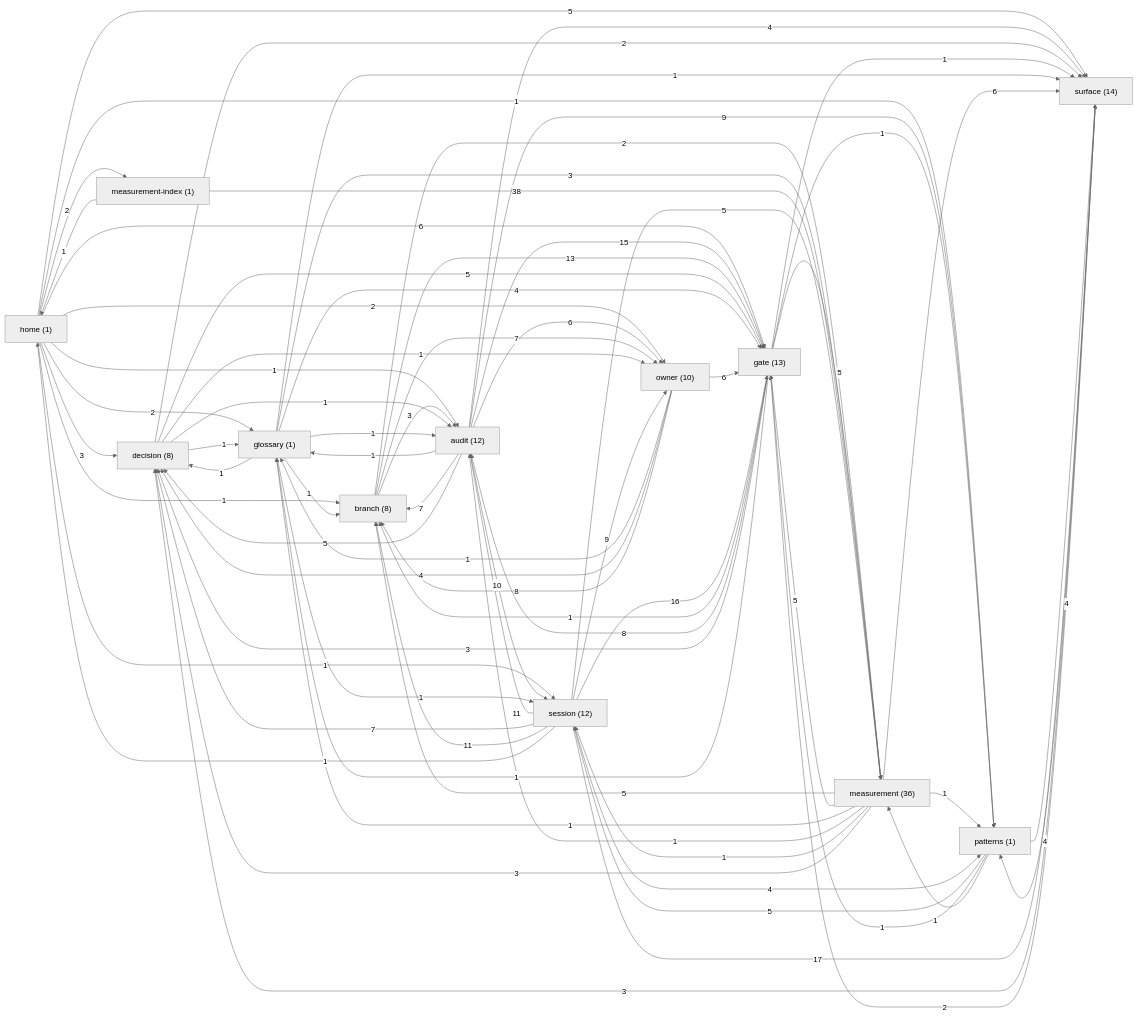
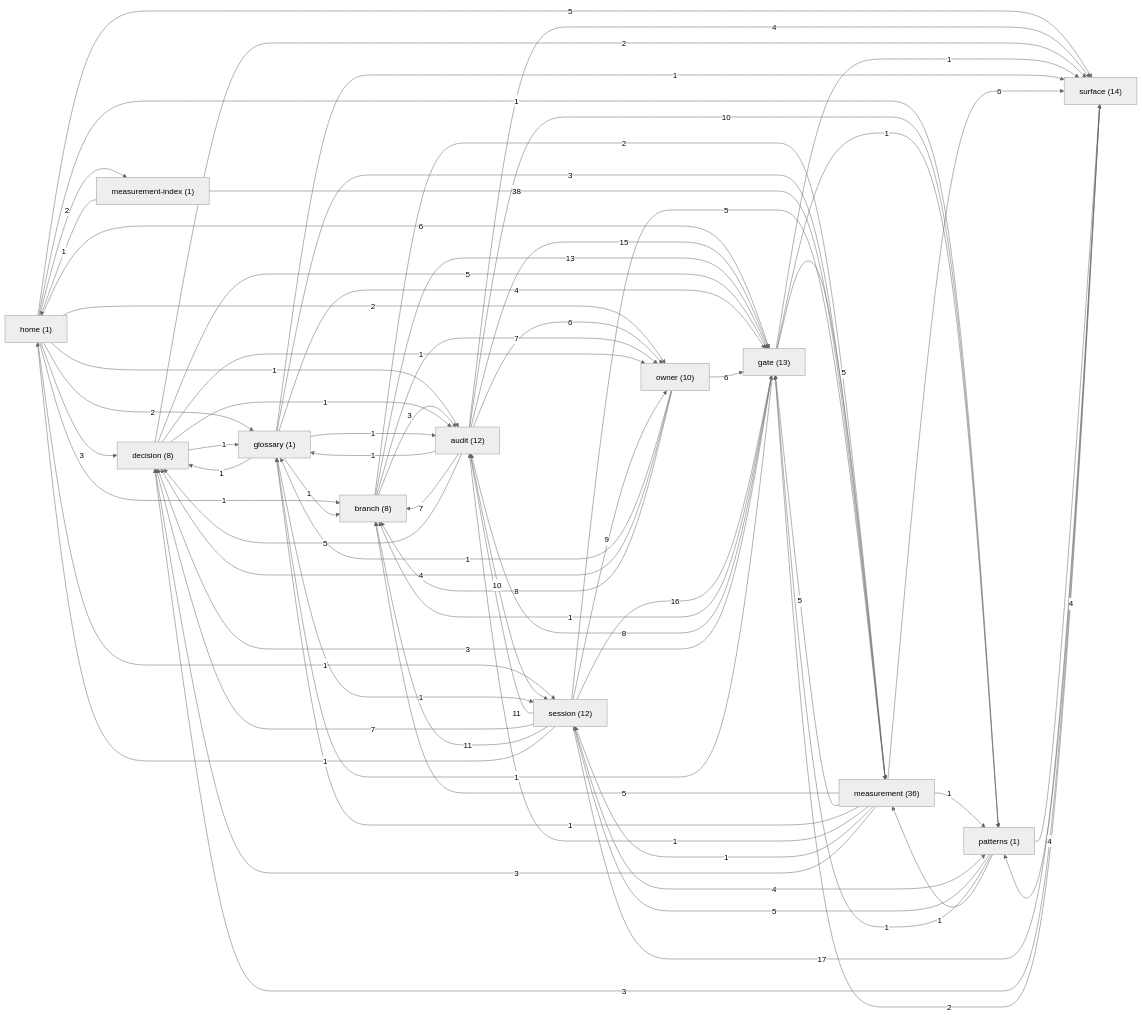
Before and after one commit to sergey9519546/STORYMACHINE: the diagram in docs/brain/GRAPH.md, drawn with Mermaid (neutral theme). The commit also changed other lines of this file and 6 other files, not shown here.

```diff
--- a/docs/brain/GRAPH.md
+++ b/docs/brain/GRAPH.md
@@ -35,7 +35,7 @@
   audit -->|7| branch
   audit -->|15| gate
   audit -->|5| decision
-  audit -->|9| patterns
+  audit -->|10| patterns
   audit -->|6| owner
   audit -->|4| surface
   branch -->|3| audit
```
